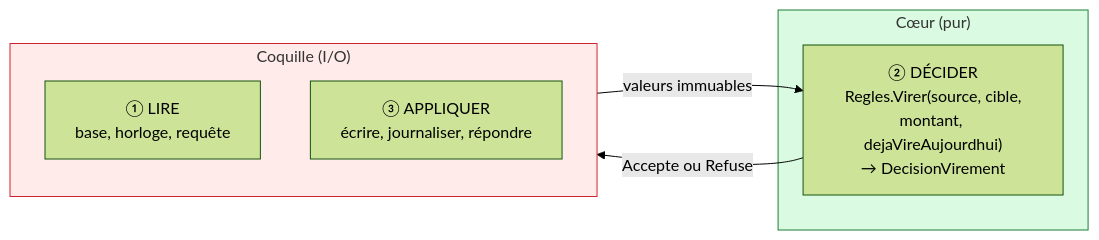
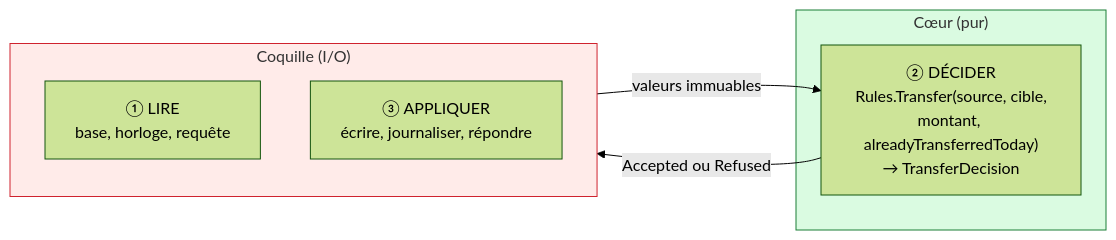
One commit to drangoht/ArchitecturesDemo changed the first of 2 diagrams in Docs/04-coeur-fonctionnel.md. Above: the diagram before and after it, drawn with Mermaid (forest theme). The commit also changed other lines of this file and 70 other files, not shown here.

Commit message:
Docs FR : identifiants, liens, diagrammes et sorties alignés sur le code anglais

````diff
--- a/Docs/04-coeur-fonctionnel.md
+++ b/Docs/04-coeur-fonctionnel.md
@@ -16,18 +16,18 @@
 ```mermaid
 flowchart LR
     subgraph Coquille["Coquille (I/O)"]
         direction TB
         L["① LIRE<br/>base, horloge, requête"]
         A["③ APPLIQUER<br/>écrire, journaliser, répondre"]
     end
     subgraph Coeur["Cœur (pur)"]
-        D["② DÉCIDER<br/>Regles.Virer(source, cible,<br/>montant, dejaVireAujourdhui)<br/>→ DecisionVirement"]
+        D["② DÉCIDER<br/>Rules.Transfer(source, cible,<br/>montant, alreadyTransferredToday)<br/>→ TransferDecision"]
     end
     L -->|"valeurs immuables"| D
-    D -->|"Accepte ou Refuse"| A
+    D -->|"Accepted ou Refused"| A
 
     classDef pur fill:#dafbe1,stroke:#1a7f37
     classDef impur fill:#ffebe9,stroke:#cf222e
     class Coeur pur
     class Coquille impur
 ```
````
